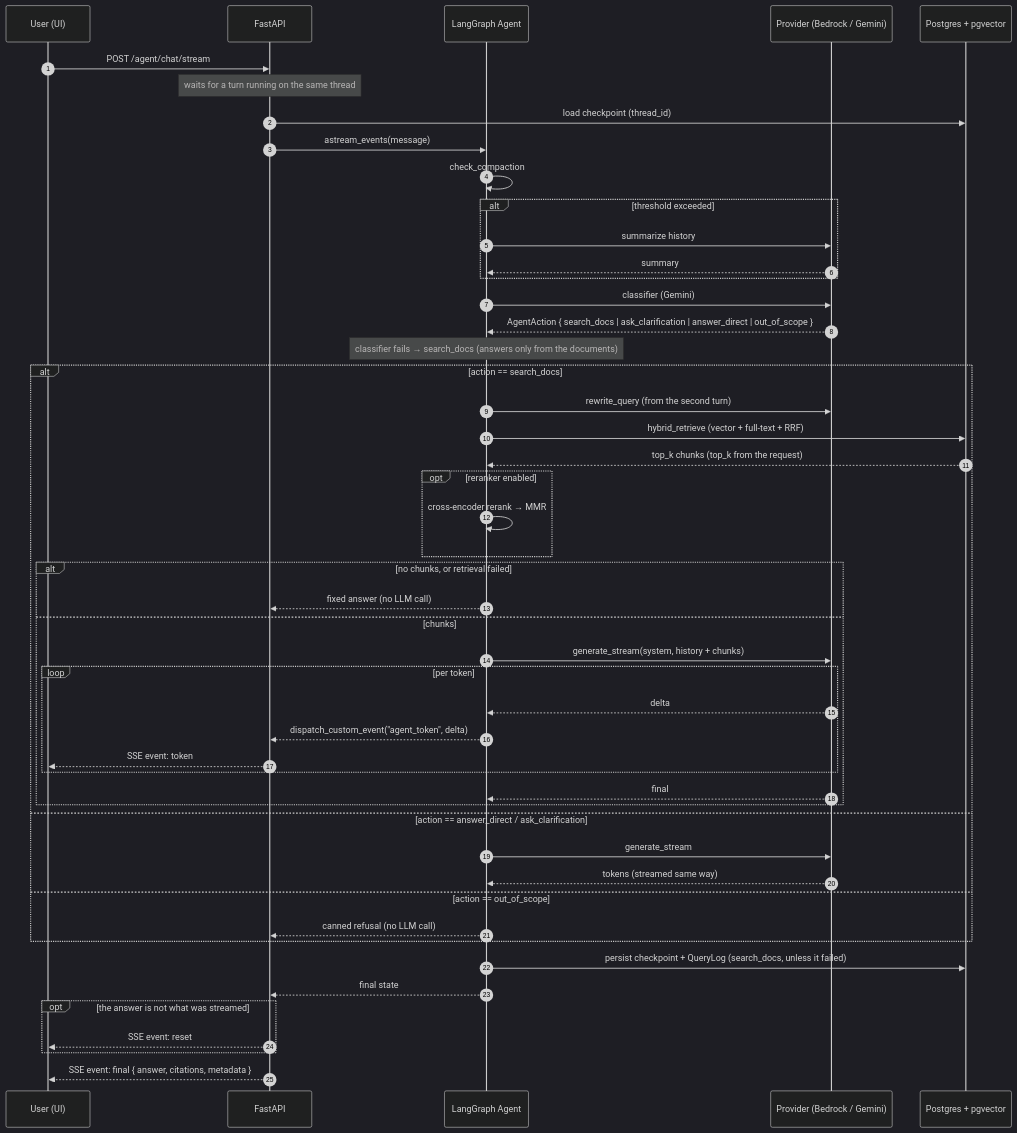
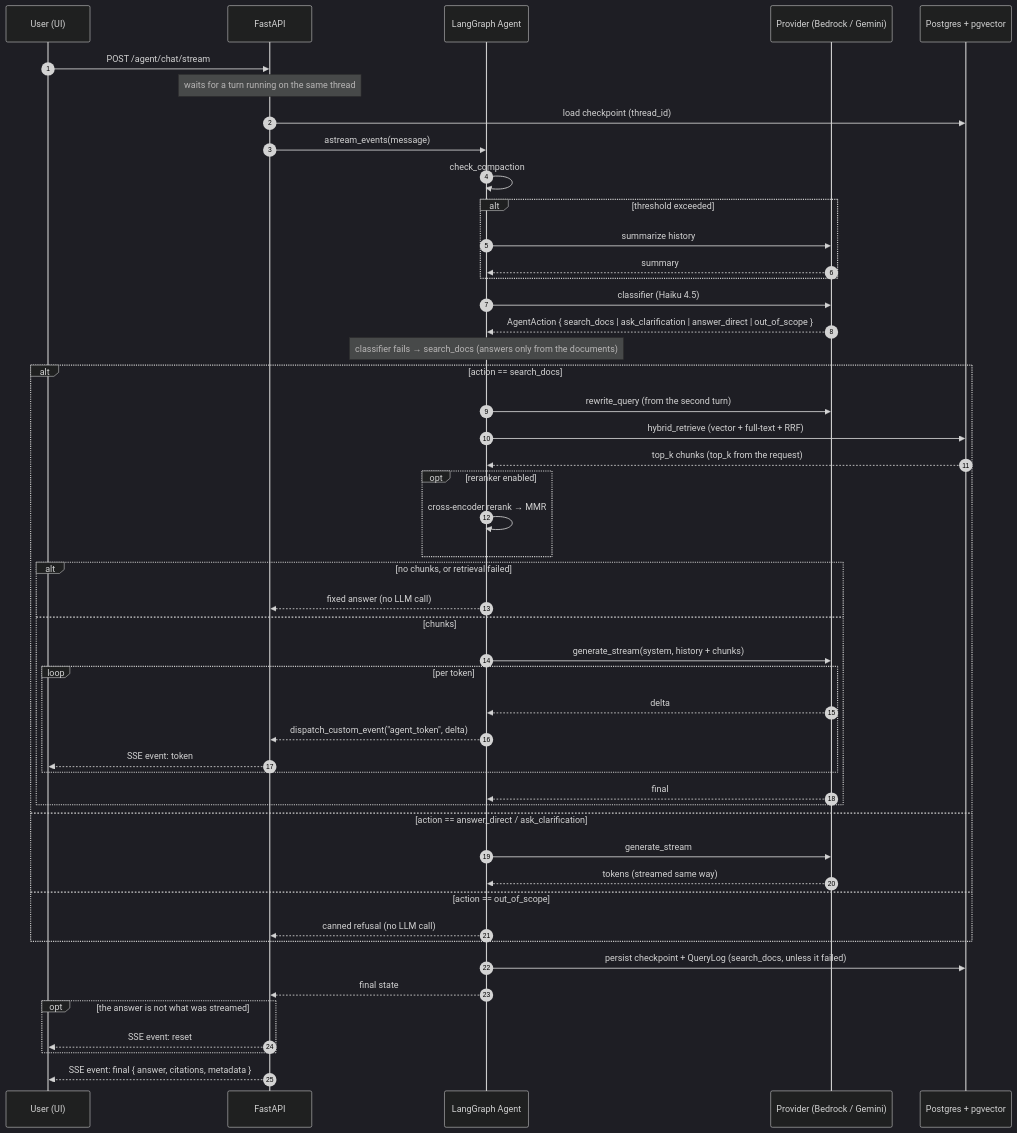
The second of 4 diagrams in ARCHITECTURE.md (FrancoCazal/WhisperDocs), drawn with Mermaid (dark theme) before and after one commit. The commit also changed other lines of this file and 6 other files, not shown here.

````diff
--- a/ARCHITECTURE.md
+++ b/ARCHITECTURE.md
@@ -105,52 +105,52 @@
 ```mermaid
 sequenceDiagram
   autonumber
   participant U as User (UI)
   participant API as FastAPI
   participant G as LangGraph Agent
   participant LLM as Provider (Bedrock / Gemini)
   participant DB as Postgres + pgvector
 
   U->>API: POST /agent/chat/stream
   Note over API: waits for a turn running on the same thread
   API->>DB: load checkpoint (thread_id)
   API->>G: astream_events(message)
   G->>G: check_compaction
   alt threshold exceeded
     G->>LLM: summarize history
     LLM-->>G: summary
   end
-  G->>LLM: classifier (Gemini)
+  G->>LLM: classifier (Haiku 4.5)
   LLM-->>G: AgentAction { search_docs | ask_clarification | answer_direct | out_of_scope }
   Note over G: classifier fails → search_docs (answers only from the documents)
   alt action == search_docs
     G->>LLM: rewrite_query (from the second turn)
     G->>DB: hybrid_retrieve (vector + full-text + RRF)
     DB-->>G: top_k chunks (top_k from the request)
     opt reranker enabled
       G->>G: cross-encoder rerank → MMR
     end
     alt no chunks, or retrieval failed
       G-->>API: fixed answer (no LLM call)
     else chunks
       G->>LLM: generate_stream(system, history + chunks)
       loop per token
         LLM-->>G: delta
         G-->>API: dispatch_custom_event("agent_token", delta)
         API-->>U: SSE event: token
       end
       LLM-->>G: final
     end
   else action == answer_direct / ask_clarification
     G->>LLM: generate_stream
     LLM-->>G: tokens (streamed same way)
   else action == out_of_scope
     G-->>API: canned refusal (no LLM call)
   end
   G->>DB: persist checkpoint + QueryLog (search_docs, unless it failed)
   G-->>API: final state
   opt the answer is not what was streamed
     API-->>U: SSE event: reset
   end
   API-->>U: SSE event: final { answer, citations, metadata }
 ```
````
